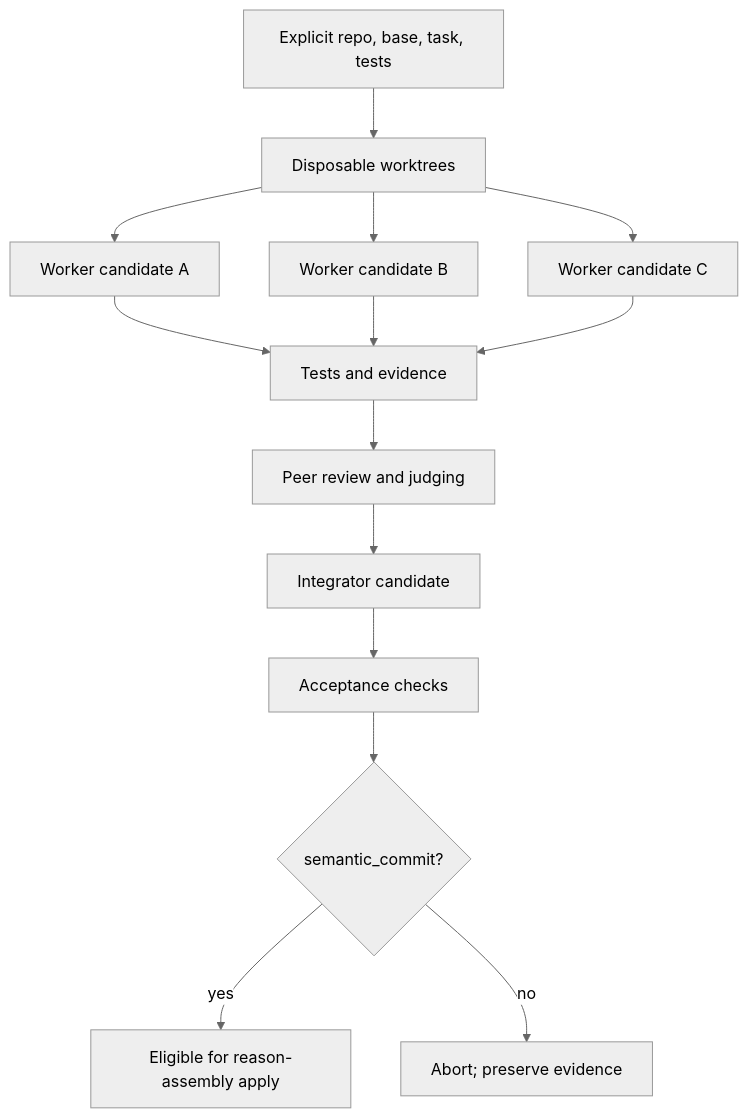
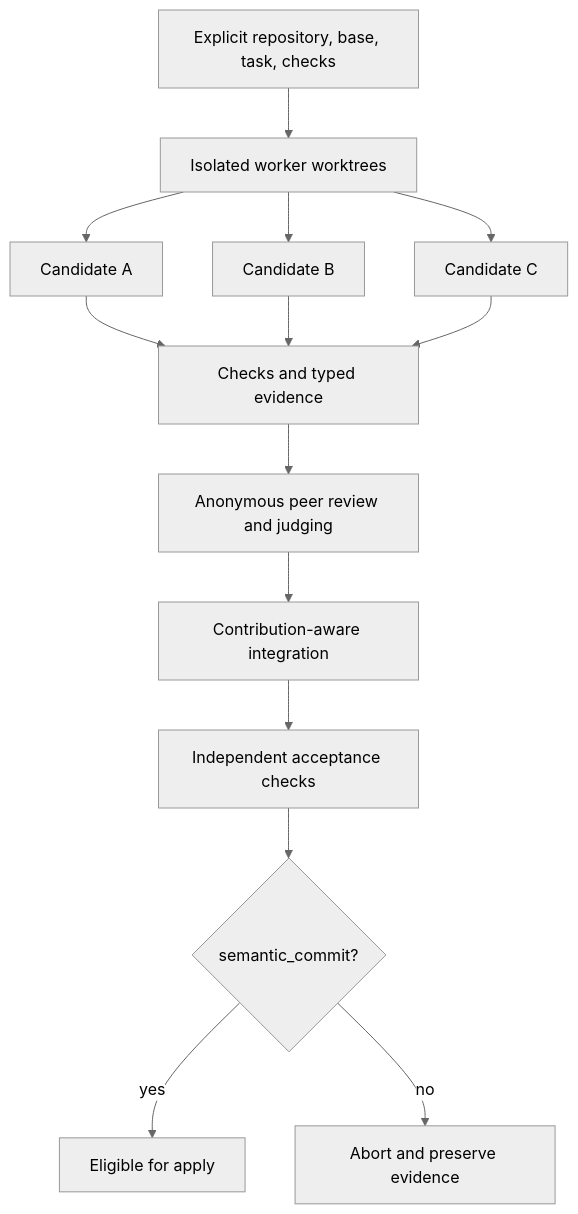
One commit to jroth1111/reason-assembly changed the second of 2 diagrams in README.md. Above: the diagram before and after it, drawn with Mermaid (neutral theme). The commit also changed other lines of this file and 26 other files, not shown here.

````diff
--- a/README.md
+++ b/README.md
@@ -223,16 +219,16 @@
 ```mermaid
 flowchart TD
-    A[Explicit repo, base, task, tests] --> B[Disposable worktrees]
-    B --> C1[Worker candidate A]
-    B --> C2[Worker candidate B]
-    B --> C3[Worker candidate C]
-    C1 --> D[Tests and evidence]
+    A[Explicit repository, base, task, checks] --> B[Isolated worker worktrees]
+    B --> C1[Candidate A]
+    B --> C2[Candidate B]
+    B --> C3[Candidate C]
+    C1 --> D[Checks and typed evidence]
     C2 --> D
     C3 --> D
-    D --> E[Peer review and judging]
-    E --> F[Integrator candidate]
-    F --> G[Acceptance checks]
+    D --> E[Anonymous peer review and judging]
+    E --> F[Contribution-aware integration]
+    F --> G[Independent acceptance checks]
     G --> H{semantic_commit?}
-    H -->|yes| I[Eligible for reason-assembly apply]
-    H -->|no| J[Abort; preserve evidence]
+    H -->|yes| I[Eligible for apply]
+    H -->|no| J[Abort and preserve evidence]
 ```
````
